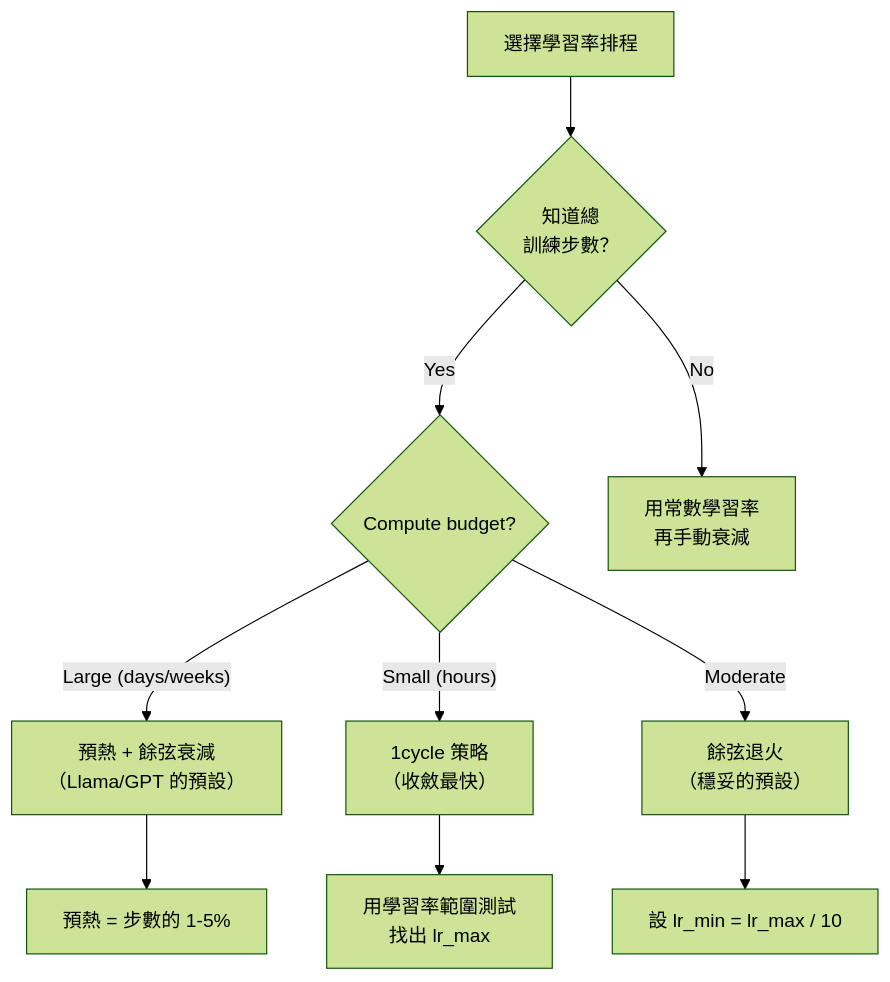
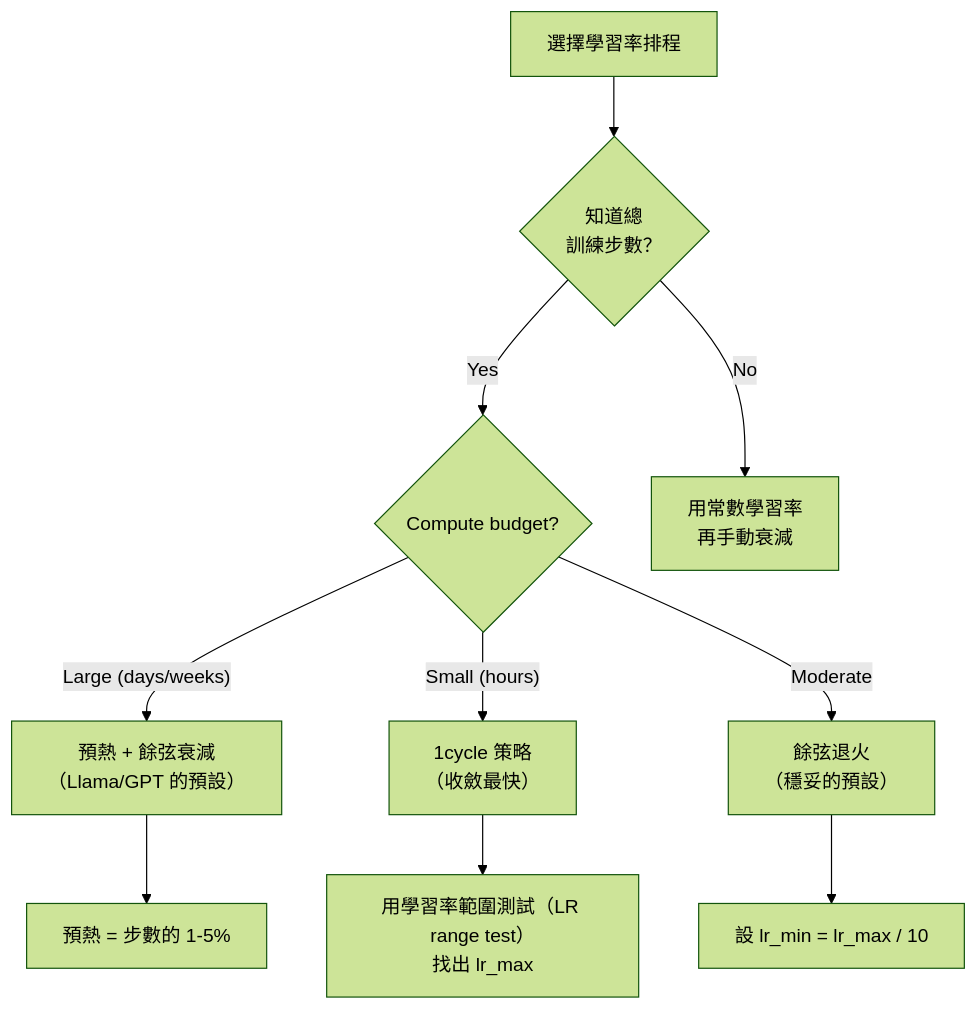
The second of 3 diagrams in i18n/zh-TW/phases/03-deep-learning-core/09-learning-rate-schedules/docs/zh-TW.md (edward821220/ai-engineering-from-scratch), drawn with Mermaid (forest theme) before and after one commit. The commit also changed other lines of this file, not shown here.

````diff
--- a/i18n/zh-TW/phases/03-deep-learning-core/09-learning-rate-schedules/docs/zh-TW.md
+++ b/i18n/zh-TW/phases/03-deep-learning-core/09-learning-rate-schedules/docs/zh-TW.md
@@ -127,15 +127,15 @@
 ```mermaid
 flowchart TD
     Start["選擇學習率排程"] --> Know{"知道總<br/>訓練步數？"}
 
     Know -->|"Yes"| Budget{"Compute budget?"}
     Know -->|"No"| Constant["用常數學習率<br/>再手動衰減"]
 
     Budget -->|"Large (days/weeks)"| WarmCos["預熱 + 餘弦衰減<br/>（Llama/GPT 的預設）"]
     Budget -->|"Small (hours)"| OneCycle["1cycle 策略<br/>（收斂最快）"]
     Budget -->|"Moderate"| Cosine["餘弦退火<br/>（穩妥的預設）"]
 
     WarmCos --> Warmup["預熱 = 步數的 1-5%"]
-    OneCycle --> FindLR["用學習率範圍測試<br/>找出 lr_max"]
+    OneCycle --> FindLR["用學習率範圍測試（LR range test）<br/>找出 lr_max"]
     Cosine --> MinLR["設 lr_min = lr_max / 10"]
 ```
````
